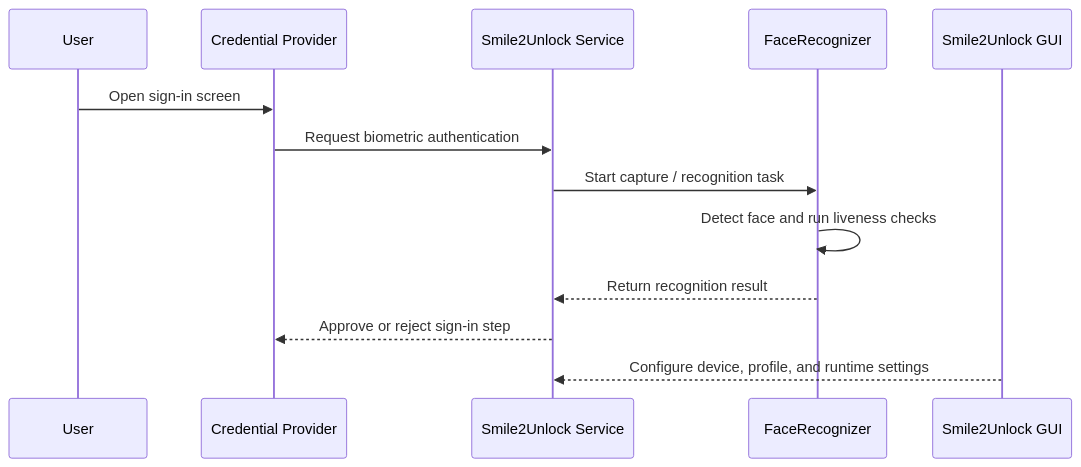
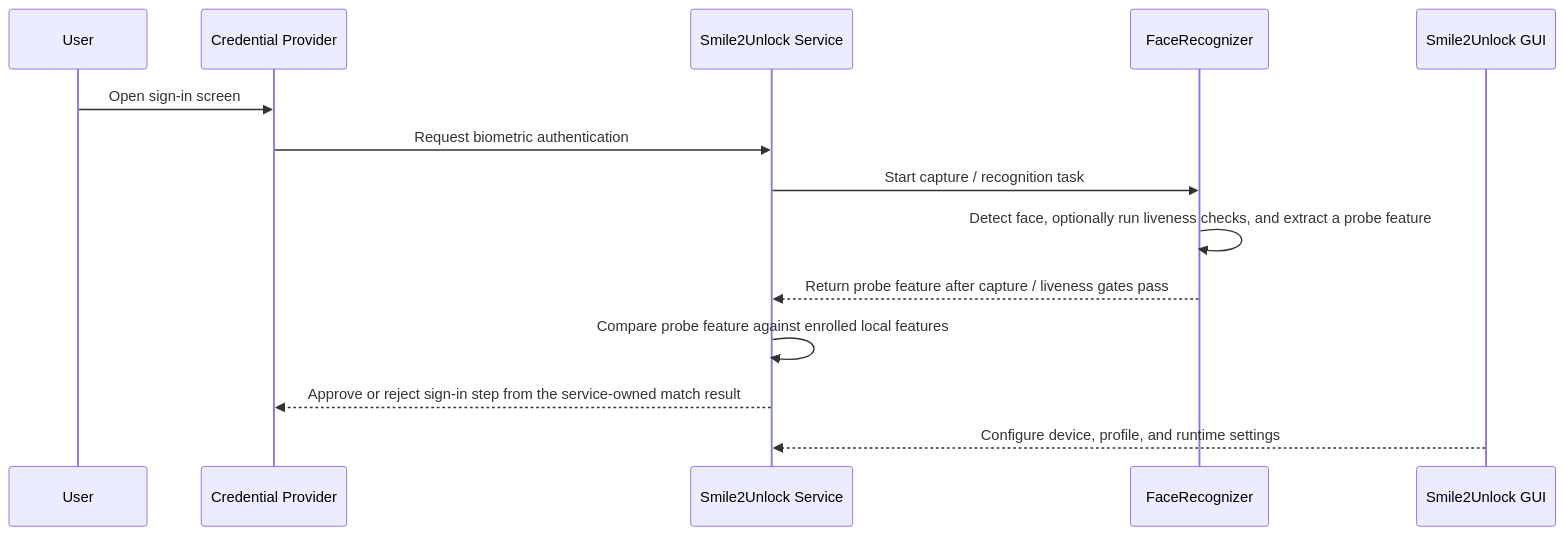
One commit to Smile2Unlock/Smile2Unlock_v2 changed the second of 3 diagrams in README.md. Above: the diagram before and after it, drawn with Mermaid. The commit also changed other lines of this file and 6 other files, not shown here.

First line of the commit message:
Fix/service owned face auth (#51)

````diff
--- a/README.md
+++ b/README.md
@@ -71,16 +71,17 @@
 ```mermaid
 sequenceDiagram
     participant User
     participant CP as Credential Provider
     participant Service as Smile2Unlock Service
     participant FR as FaceRecognizer
     participant GUI as Smile2Unlock GUI
 
     User->>CP: Open sign-in screen
     CP->>Service: Request biometric authentication
     Service->>FR: Start capture / recognition task
-    FR->>FR: Detect face and run liveness checks
-    FR-->>Service: Return recognition result
-    Service-->>CP: Approve or reject sign-in step
+    FR->>FR: Detect face, optionally run liveness checks, and extract a probe feature
+    FR-->>Service: Return probe feature after capture / liveness gates pass
+    Service->>Service: Compare probe feature against enrolled local features
+    Service-->>CP: Approve or reject sign-in step from the service-owned match result
     GUI-->>Service: Configure device, profile, and runtime settings
 ```
````
